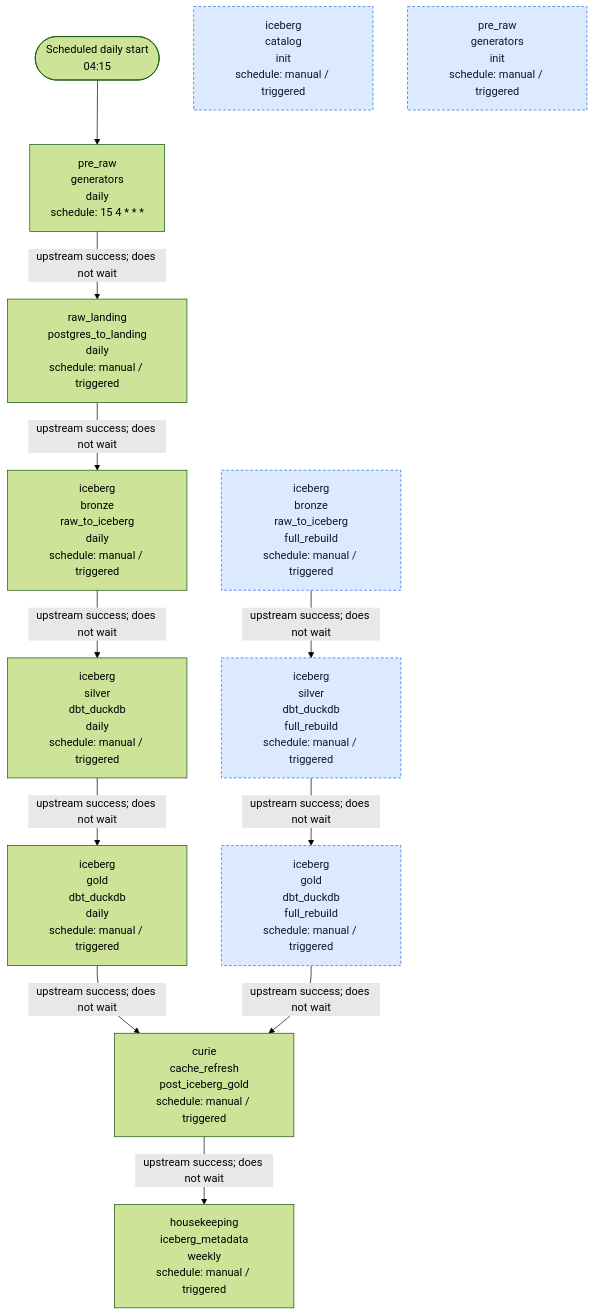
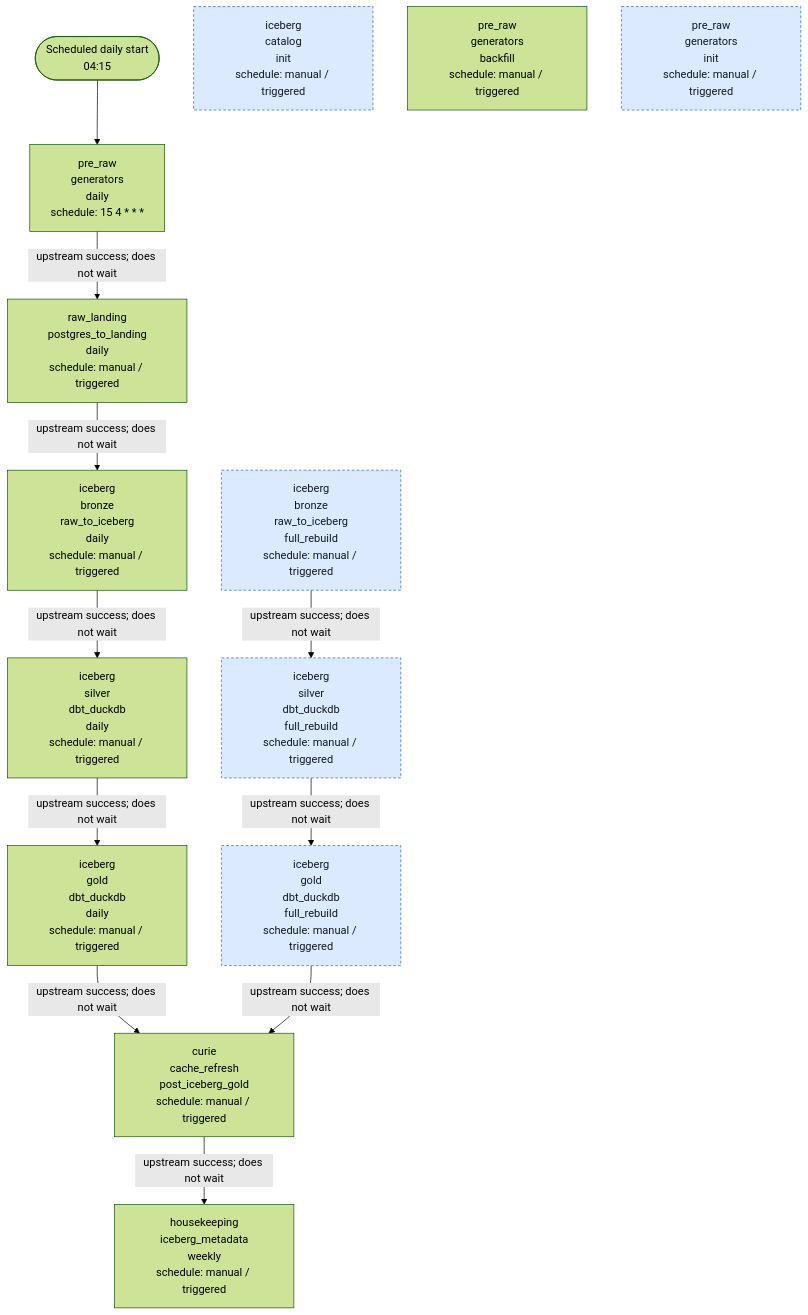
One commit to AntonMiniazev/ampere_project changed the diagram in docs/dataflow/diagrams/airflow_dags.mmd. Above: the diagram before and after it, drawn with Mermaid (forest theme). The commit also changed 3 other files, not shown here.

```diff
--- a/docs/dataflow/diagrams/airflow_dags.mmd
+++ b/docs/dataflow/diagrams/airflow_dags.mmd
@@ -1,32 +1,33 @@
 flowchart TD
     START(["Scheduled daily start<br/>04:15"])
     D_AMPERE__CURIE__CACHE_REFRESH__POST_ICEBERG_GOLD["curie<br/>cache_refresh<br/>post_iceberg_gold<br/>schedule: manual / triggered"]
     D_AMPERE__HOUSEKEEPING__ICEBERG_METADATA__WEEKLY["housekeeping<br/>iceberg_metadata<br/>weekly<br/>schedule: manual / triggered"]
     D_AMPERE__ICEBERG__BRONZE__RAW_TO_ICEBERG__DAILY["iceberg<br/>bronze<br/>raw_to_iceberg<br/>daily<br/>schedule: manual / triggered"]
     D_AMPERE__ICEBERG__BRONZE__RAW_TO_ICEBERG__FULL_REBUILD["iceberg<br/>bronze<br/>raw_to_iceberg<br/>full_rebuild<br/>schedule: manual / triggered"]
     D_AMPERE__ICEBERG__CATALOG__INIT["iceberg<br/>catalog<br/>init<br/>schedule: manual / triggered"]
     D_AMPERE__ICEBERG__GOLD__DBT_DUCKDB__DAILY["iceberg<br/>gold<br/>dbt_duckdb<br/>daily<br/>schedule: manual / triggered"]
     D_AMPERE__ICEBERG__GOLD__DBT_DUCKDB__FULL_REBUILD["iceberg<br/>gold<br/>dbt_duckdb<br/>full_rebuild<br/>schedule: manual / triggered"]
     D_AMPERE__ICEBERG__SILVER__DBT_DUCKDB__DAILY["iceberg<br/>silver<br/>dbt_duckdb<br/>daily<br/>schedule: manual / triggered"]
     D_AMPERE__ICEBERG__SILVER__DBT_DUCKDB__FULL_REBUILD["iceberg<br/>silver<br/>dbt_duckdb<br/>full_rebuild<br/>schedule: manual / triggered"]
+    D_AMPERE__PRE_RAW__GENERATORS__BACKFILL["pre_raw<br/>generators<br/>backfill<br/>schedule: manual / triggered"]
     D_AMPERE__PRE_RAW__GENERATORS__DAILY["pre_raw<br/>generators<br/>daily<br/>schedule: 15 4 * * *"]
     D_AMPERE__PRE_RAW__GENERATORS__INIT["pre_raw<br/>generators<br/>init<br/>schedule: manual / triggered"]
     D_AMPERE__RAW_LANDING__POSTGRES_TO_LANDING__DAILY["raw_landing<br/>postgres_to_landing<br/>daily<br/>schedule: manual / triggered"]
 
     START --> D_AMPERE__PRE_RAW__GENERATORS__DAILY
     D_AMPERE__CURIE__CACHE_REFRESH__POST_ICEBERG_GOLD -->|"upstream success; does not wait"| D_AMPERE__HOUSEKEEPING__ICEBERG_METADATA__WEEKLY
     D_AMPERE__ICEBERG__BRONZE__RAW_TO_ICEBERG__DAILY -->|"upstream success; does not wait"| D_AMPERE__ICEBERG__SILVER__DBT_DUCKDB__DAILY
     D_AMPERE__ICEBERG__BRONZE__RAW_TO_ICEBERG__FULL_REBUILD -->|"upstream success; does not wait"| D_AMPERE__ICEBERG__SILVER__DBT_DUCKDB__FULL_REBUILD
     D_AMPERE__ICEBERG__GOLD__DBT_DUCKDB__DAILY -->|"upstream success; does not wait"| D_AMPERE__CURIE__CACHE_REFRESH__POST_ICEBERG_GOLD
     D_AMPERE__ICEBERG__GOLD__DBT_DUCKDB__FULL_REBUILD -->|"upstream success; does not wait"| D_AMPERE__CURIE__CACHE_REFRESH__POST_ICEBERG_GOLD
     D_AMPERE__ICEBERG__SILVER__DBT_DUCKDB__DAILY -->|"upstream success; does not wait"| D_AMPERE__ICEBERG__GOLD__DBT_DUCKDB__DAILY
     D_AMPERE__ICEBERG__SILVER__DBT_DUCKDB__FULL_REBUILD -->|"upstream success; does not wait"| D_AMPERE__ICEBERG__GOLD__DBT_DUCKDB__FULL_REBUILD
     D_AMPERE__PRE_RAW__GENERATORS__DAILY -->|"upstream success; does not wait"| D_AMPERE__RAW_LANDING__POSTGRES_TO_LANDING__DAILY
     D_AMPERE__RAW_LANDING__POSTGRES_TO_LANDING__DAILY -->|"upstream success; does not wait"| D_AMPERE__ICEBERG__BRONZE__RAW_TO_ICEBERG__DAILY
 
     D_AMPERE__PRE_RAW__GENERATORS__INIT:::manual
     D_AMPERE__ICEBERG__CATALOG__INIT:::manual
     D_AMPERE__ICEBERG__BRONZE__RAW_TO_ICEBERG__FULL_REBUILD:::manual
     D_AMPERE__ICEBERG__SILVER__DBT_DUCKDB__FULL_REBUILD:::manual
     D_AMPERE__ICEBERG__GOLD__DBT_DUCKDB__FULL_REBUILD:::manual
     classDef manual fill:#dbeafe,stroke:#2563eb,color:#111827,stroke-dasharray: 4 3
```
